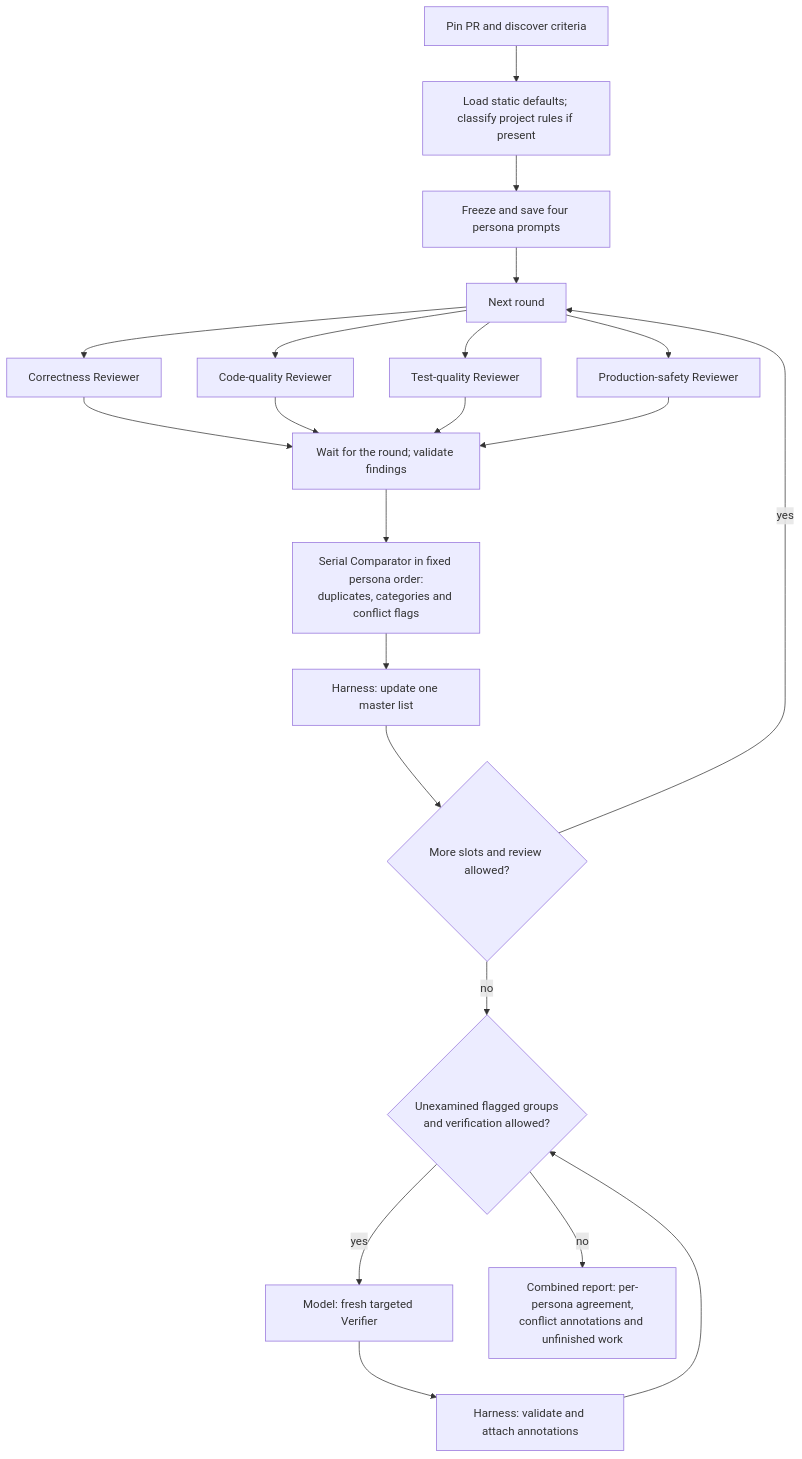
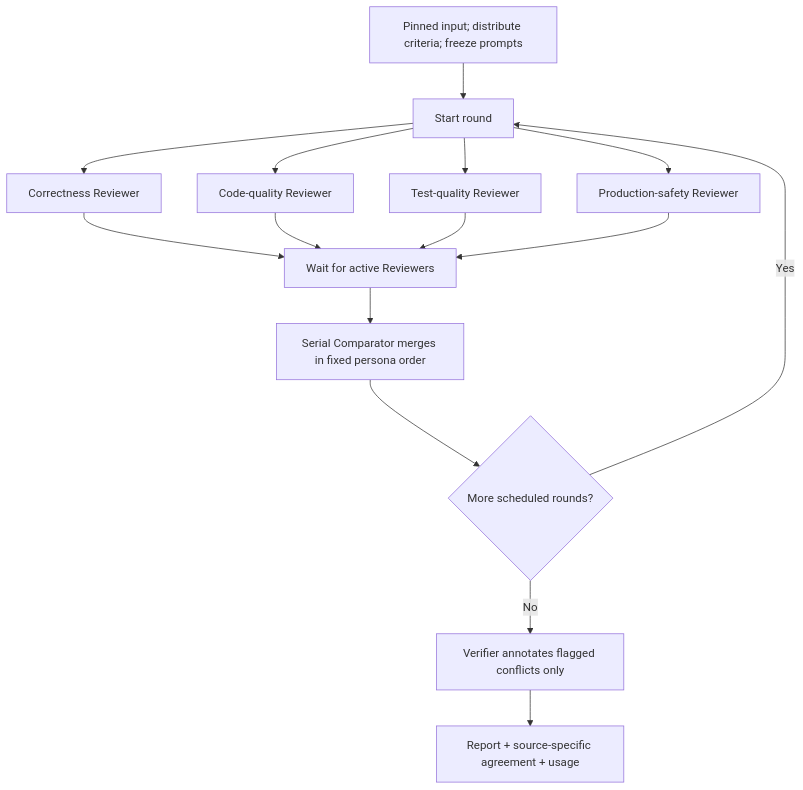
The second of 2 diagrams in README.md (sskelkar/code-reviewer), drawn with Mermaid before and after one commit. The commit also changed other lines of this file and 36 other files, not shown here.

````diff
--- a/README.md
+++ b/README.md
@@ -102,24 +69,17 @@
 ```mermaid
 flowchart TD
-    PREP["Pin PR and discover criteria"] --> ASSIGN["Load static defaults; classify project rules if present"]
-    ASSIGN --> FREEZE["Freeze and save four persona prompts"]
-    FREEZE --> ROUND["Next round"]
+    INPUT["Pinned input; distribute criteria; freeze prompts"] --> ROUND["Start round"]
     ROUND --> C["Correctness Reviewer"]
     ROUND --> Q["Code-quality Reviewer"]
     ROUND --> T["Test-quality Reviewer"]
     ROUND --> S["Production-safety Reviewer"]
-    C --> CHECK
-    Q --> CHECK
-    T --> CHECK
-    S --> CHECK
-    CHECK["Wait for the round; validate findings"]
-    CHECK --> MERGE["Serial Comparator in fixed persona order:<br/>duplicates, categories and conflict flags"]
-    MERGE --> MASTER["Harness: update one master list"]
-    MASTER --> MORE{"More slots and review allowed?"}
-    MORE -->|yes| ROUND
-    MORE -->|no| FLAGS{"Unexamined flagged groups<br/>and verification allowed?"}
-    FLAGS -->|yes| VER["Model: fresh targeted Verifier"]
-    VER --> ANN["Harness: validate and attach annotations"]
-    ANN --> FLAGS
-    FLAGS -->|no| REPORT["Combined report: per-persona agreement,<br/>conflict annotations and unfinished work"]
+    C --> BARRIER["Wait for active Reviewers"]
+    Q --> BARRIER
+    T --> BARRIER
+    S --> BARRIER
+    BARRIER --> MERGE["Serial Comparator merges in fixed persona order"]
+    MERGE --> NEXT{"More scheduled rounds?"}
+    NEXT -->|"Yes"| ROUND
+    NEXT -->|"No"| VERIFY["Verifier annotates flagged conflicts only"]
+    VERIFY --> REPORT["Report + source-specific agreement + usage"]
 ```
````
